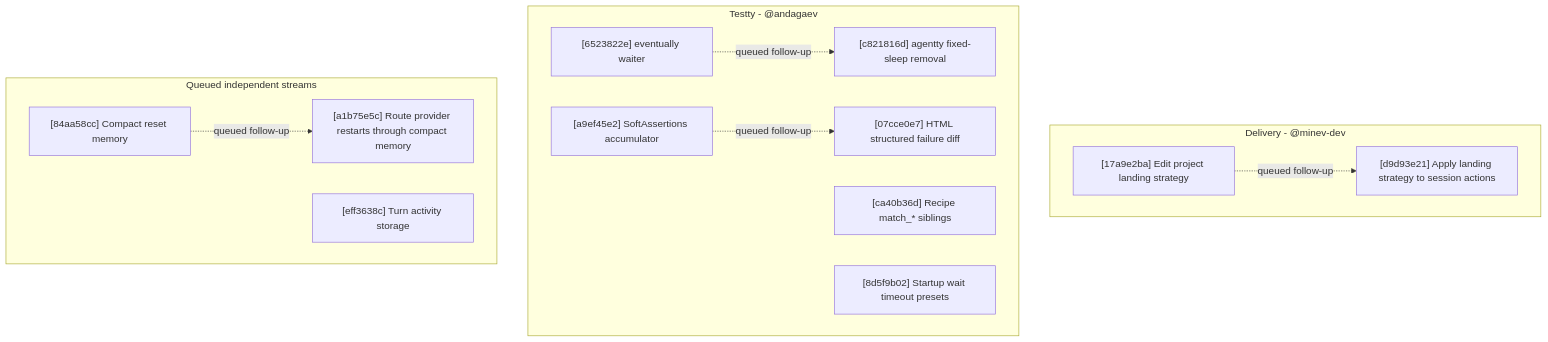
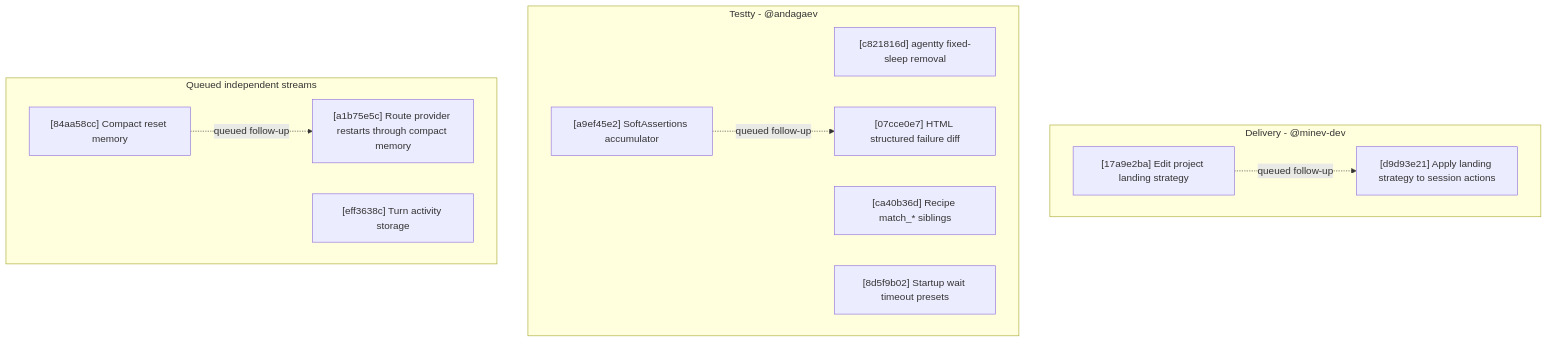
One commit to agentty-xyz/agentty changed the diagram in docs/plan/roadmap.md. Above: the diagram before and after it, drawn with Mermaid. The commit also changed other lines of this file and 2 other files, not shown here.

First line of the commit message:
Replace fixed E2E session-creation sleeps with eventually waits

````diff
--- a/docs/plan/roadmap.md
+++ b/docs/plan/roadmap.md
@@ -209,26 +200,24 @@
 ```mermaid
 flowchart TD
     subgraph DeliveryLane["Delivery - @minev-dev"]
         D1["[17a9e2ba] Edit project landing strategy"]
         D2["[d9d93e21] Apply landing strategy to session actions"]
         D1 -. queued follow-up .-> D2
     end
 
     subgraph TesttyLane["Testty - @andagaev"]
-        T2["[6523822e] eventually waiter"]
+        T6["[c821816d] agentty fixed-sleep removal"]
         T3["[a9ef45e2] SoftAssertions accumulator"]
         T4["[ca40b36d] Recipe match_* siblings"]
         T5["[07cce0e7] HTML structured failure diff"]
-        T6["[c821816d] agentty fixed-sleep removal"]
         T7["[8d5f9b02] Startup wait timeout presets"]
-        T2 -. queued follow-up .-> T6
         T3 -. queued follow-up .-> T5
     end
 
     subgraph LaterLanes["Queued independent streams"]
         P1["[84aa58cc] Compact reset memory"]
         P2["[a1b75e5c] Route provider restarts through compact memory"]
         S1["[eff3638c] Turn activity storage"]
         P1 -. queued follow-up .-> P2
     end
 ```
````
